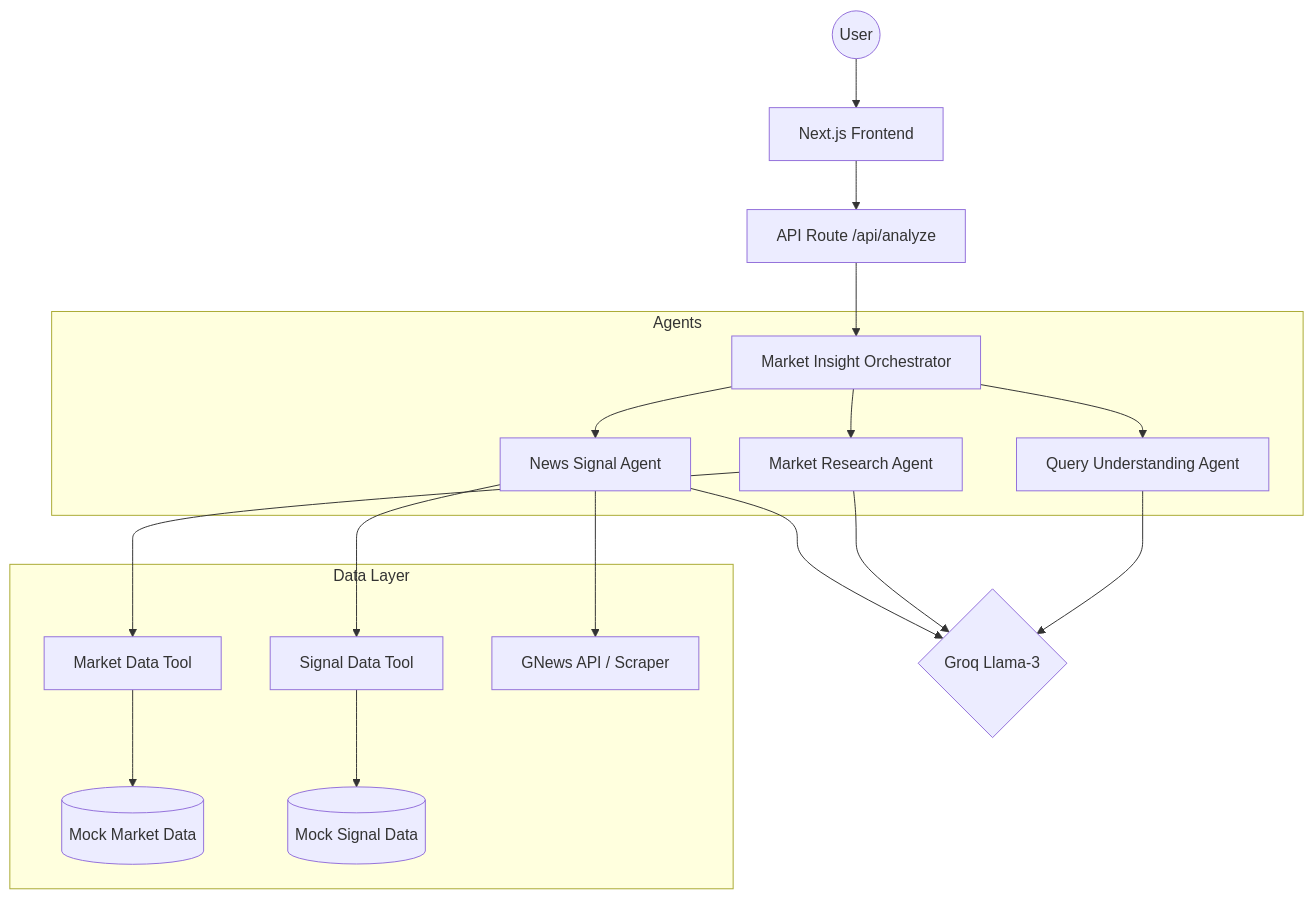
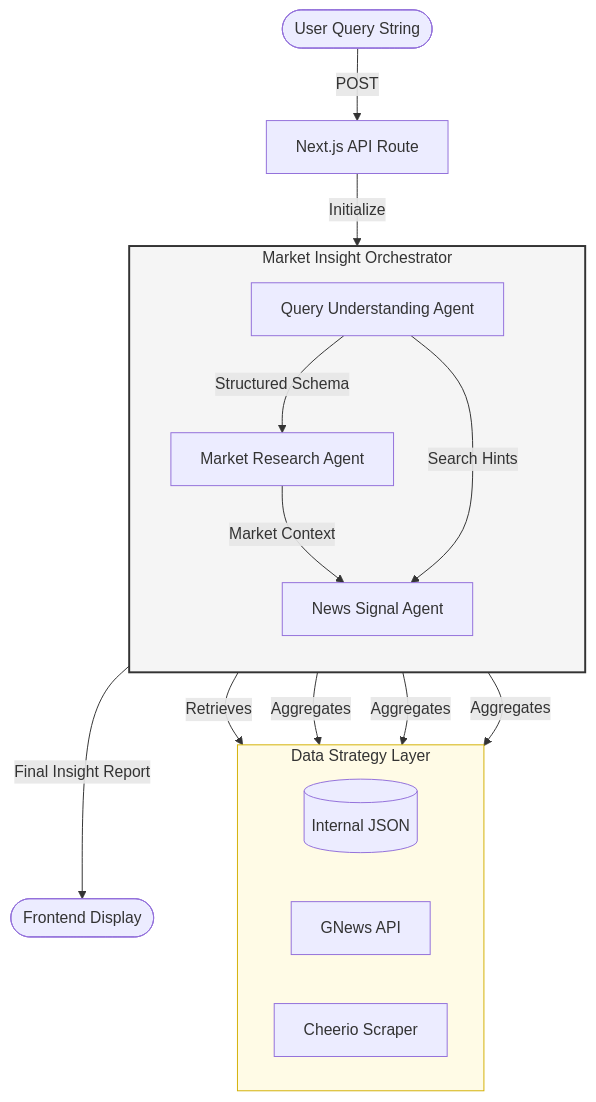
One commit to SAHUTHUB/AI-Multi-Agent-Market-Exploration-System changed the diagram in README.md. Above: the diagram before and after it, drawn with Mermaid. The commit also changed other lines of this file and 1 other file, not shown here.

````diff
--- a/README.md
+++ b/README.md
@@ -3,25 +15,39 @@
 ```mermaid
 graph TD
-    User((User)) --> Frontend[Next.js Frontend]
-    Frontend --> API[API Route /api/analyze]
-    API --> Orchestrator[Market Insight Orchestrator]
+    %% User Input
+    User([User Query String]) -->|POST| API[Next.js API Route]
     
-    subgraph Agents
-        Orchestrator --> QUA[Query Understanding Agent]
-        Orchestrator --> MRA[Market Research Agent]
-        Orchestrator --> NSA[News Signal Agent]
+    %% Orchestration Layer
+    subgraph Orchestrator[Market Insight Orchestrator]
+        direction TB
+        QUA[Query Understanding Agent]
+        MRA[Market Research Agent]
+        NSA[News Signal Agent]
     end
+
+    API -->|Initialize| Orchestrator
     
-    subgraph Data Layer
-        MRA --> MDT[Market Data Tool]
-        NSA --> SDT[Signal Data Tool]
-        NSA --> GNews[GNews API / Scraper]
-        
-        MDT --> JSON1[(Mock Market Data)]
-        SDT --> JSON2[(Mock Signal Data)]
+    %% Workflow Steps
+    QUA -->|Structured Schema| MRA
+    MRA -->|Market Context| NSA
+    QUA -->|Search Hints| NSA
+
+    %% Data Tools Layer
+    subgraph DataTools[Data Strategy Layer]
+        direction LR
+        JSON[(Internal JSON)]
+        GNews[GNews API]
+        Scrape[Cheerio Scraper]
     end
+
+    MRA -->|Retrieves| JSON
+    NSA -->|Aggregates| GNews
+    NSA -->|Aggregates| Scrape
+    NSA -->|Aggregates| JSON
+
+    %% Output
+    Orchestrator -->|Final Insight Report| Result([Frontend Display])
     
-    QUA --> LLM{Groq Llama-3}
-    MRA --> LLM
-    NSA --> LLM
+    style Orchestrator fill:#f5f5f5,stroke:#333,stroke-width:2px
+    style DataTools fill:#fffbe6,stroke:#d4b106,stroke-width:1px
 ```
````
